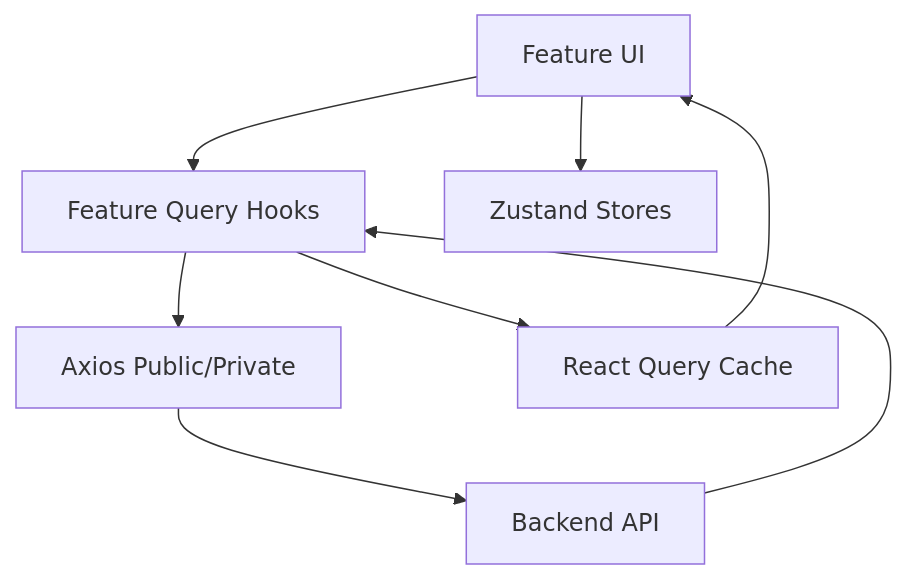
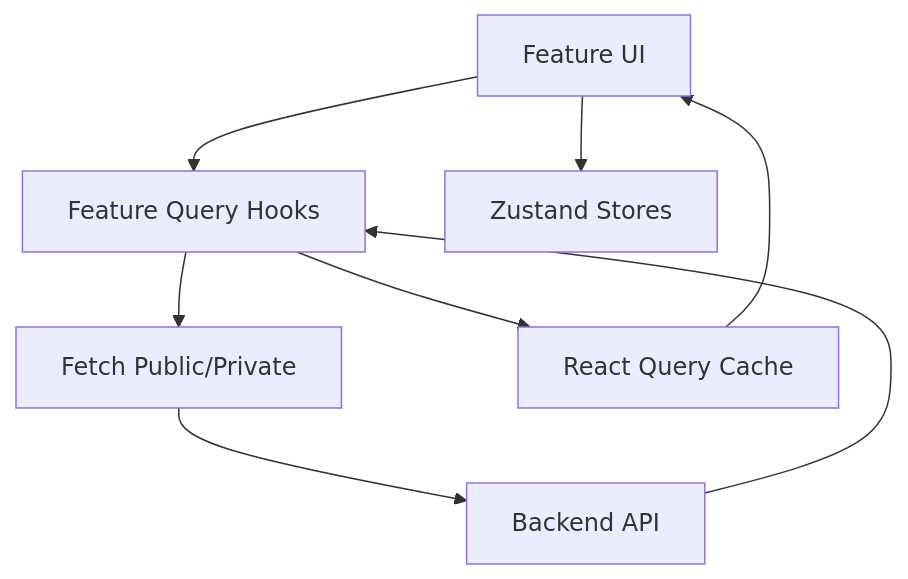
The diagram in apps/docs/frontend/state-data.md (martintrifunov/student-obrok), drawn with Mermaid before and after one commit. The commit also changed other lines of this file and 10 other files, not shown here.

````diff
--- a/apps/docs/frontend/state-data.md
+++ b/apps/docs/frontend/state-data.md
@@ -20,10 +20,10 @@
 ```mermaid
 flowchart TD
   UI[Feature UI] --> Hooks[Feature Query Hooks]
-  Hooks --> Axios[Axios Public/Private]
-  Axios --> API[Backend API]
+  Hooks --> Fetch[Fetch Public/Private]
+  Fetch --> API[Backend API]
   API --> Hooks
   Hooks --> Cache[React Query Cache]
   Cache --> UI
   UI --> Stores[Zustand Stores]
 ```
````
